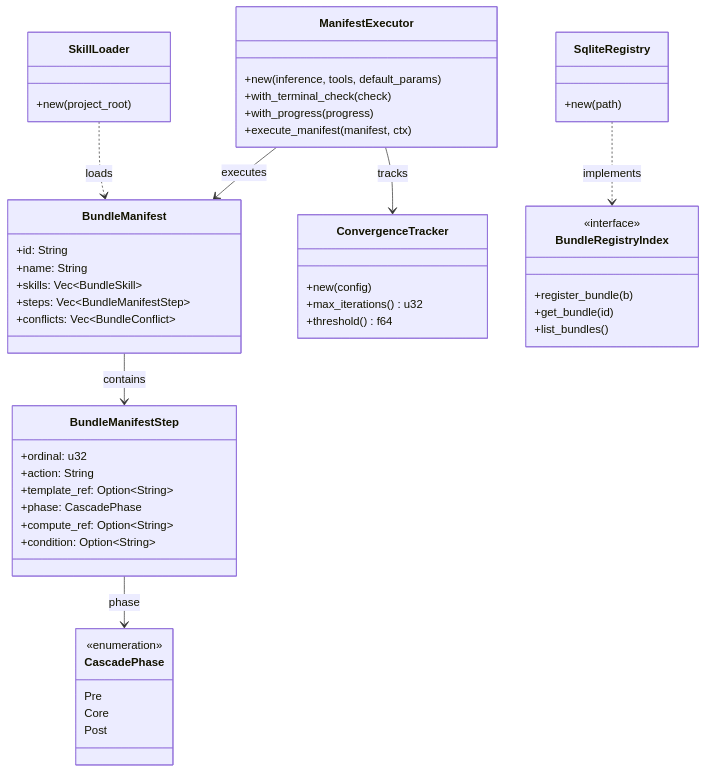
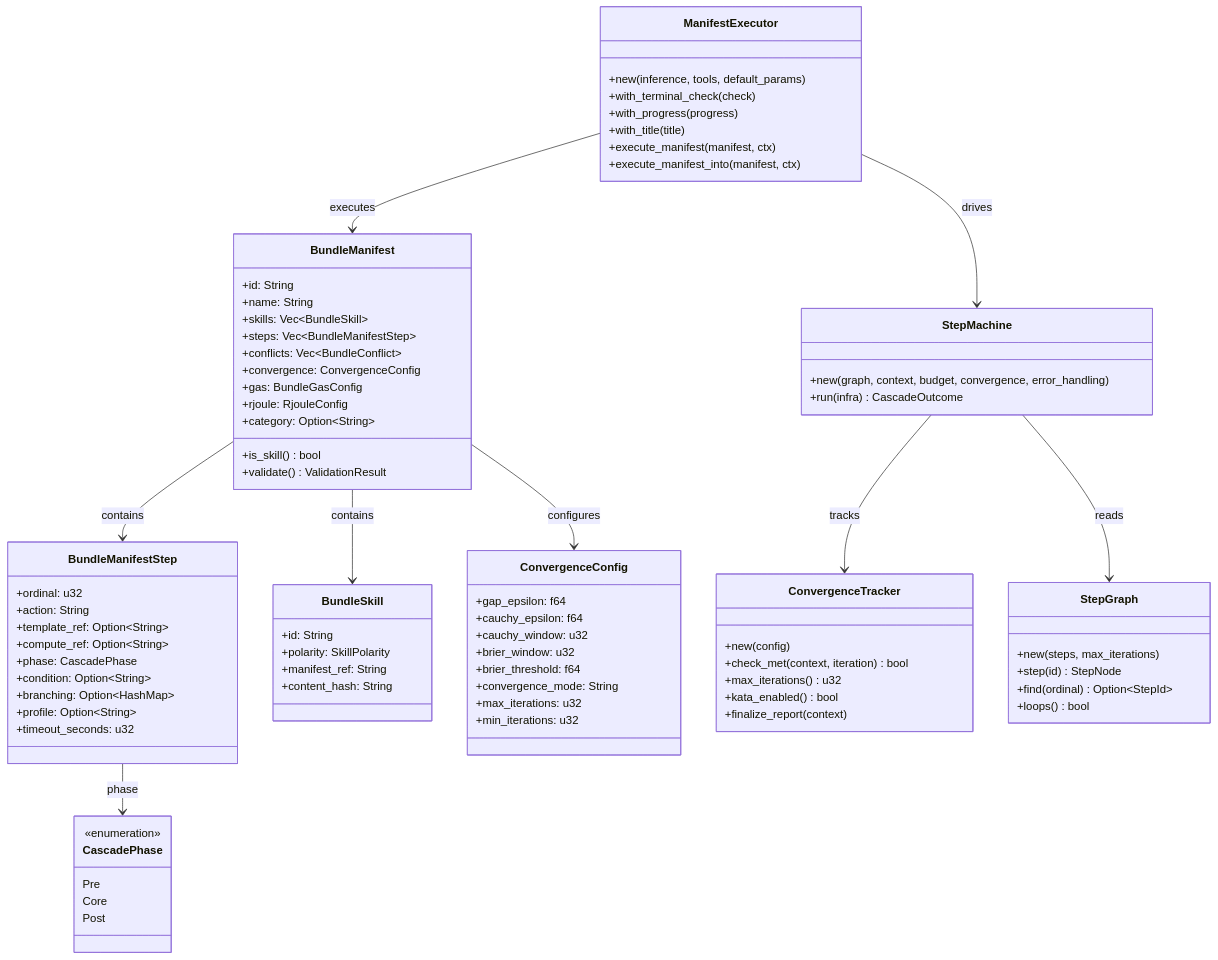
Before and after one commit to mdz-axo/zed-kask: the first of 3 diagrams in kask/docs/diataxis/hkask-templates/reference.md, drawn with Mermaid. The commit also changed other lines of this file and 41 other files, not shown here.

````diff
--- a/kask/docs/diataxis/hkask-templates/reference.md
+++ b/kask/docs/diataxis/hkask-templates/reference.md
@@ -66,14 +120,23 @@
         +skills: Vec~BundleSkill~
         +steps: Vec~BundleManifestStep~
         +conflicts: Vec~BundleConflict~
+        +convergence: ConvergenceConfig
+        +gas: BundleGasConfig
+        +rjoule: RjouleConfig
+        +category: Option~String~
+        +is_skill() bool
+        +validate() ValidationResult
     }
     class BundleManifestStep {
         +ordinal: u32
         +action: String
         +template_ref: Option~String~
+        +compute_ref: Option~String~
         +phase: CascadePhase
-        +compute_ref: Option~String~
         +condition: Option~String~
+        +branching: Option~HashMap~
+        +profile: Option~String~
+        +timeout_seconds: u32
     }
     class CascadePhase {
         <<enumeration>>
@@ -81,34 +144,54 @@
         Core
         Post
     }
+    class BundleSkill {
+        +id: String
+        +polarity: SkillPolarity
+        +manifest_ref: String
+        +content_hash: String
+    }
+    class ConvergenceConfig {
+        +gap_epsilon: f64
+        +cauchy_epsilon: f64
+        +cauchy_window: u32
+        +brier_window: u32
+        +brier_threshold: f64
+        +convergence_mode: String
+        +max_iterations: u32
+        +min_iterations: u32
+    }
     class ManifestExecutor {
         +new(inference, tools, default_params)
         +with_terminal_check(check)
         +with_progress(progress)
+        +with_title(title)
         +execute_manifest(manifest, ctx)
+        +execute_manifest_into(manifest, ctx)
     }
     class ConvergenceTracker {
         +new(config)
+        +check_met(context, iteration) bool
         +max_iterations() u32
-        +threshold() f64
+        +kata_enabled() bool
+        +finalize_report(context)
     }
-    class SkillLoader {
-        +new(project_root)
+    class StepMachine {
+        +new(graph, context, budget, convergence, error_handling)
+        +run(infra) CascadeOutcome
     }
-    class SqliteRegistry {
-        +new(path)
-    }
-    class BundleRegistryIndex {
-        <<interface>>
-        +register_bundle(b)
-        +get_bundle(id)
-        +list_bundles()
+    class StepGraph {
+        +new(steps, max_iterations)
+        +step(id) StepNode
+        +find(ordinal) Option~StepId~
+        +loops() bool
     }
 
     BundleManifest --> BundleManifestStep : contains
+    BundleManifest --> BundleSkill : contains
+    BundleManifest --> ConvergenceConfig : configures
     BundleManifestStep --> CascadePhase : phase
     ManifestExecutor --> BundleManifest : executes
-    ManifestExecutor --> ConvergenceTracker : tracks
-    SkillLoader ..> BundleManifest : loads
-    SqliteRegistry ..> BundleRegistryIndex : implements
+    ManifestExecutor --> StepMachine : drives
+    StepMachine --> StepGraph : reads
+    StepMachine --> ConvergenceTracker : tracks
 ```
````
